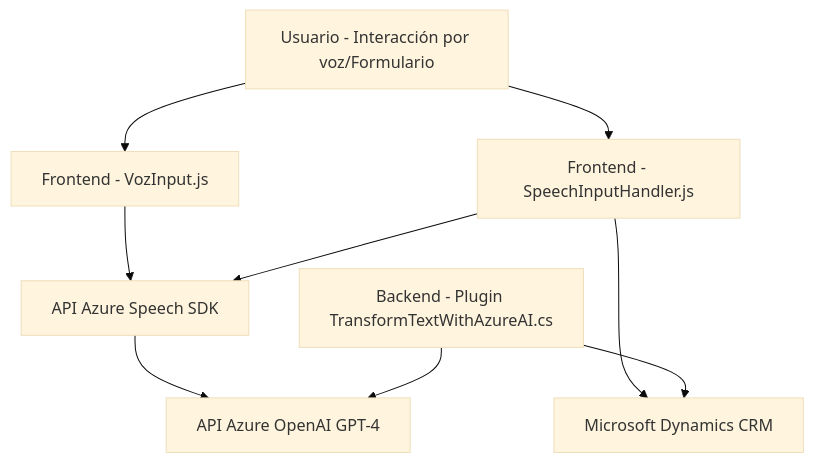
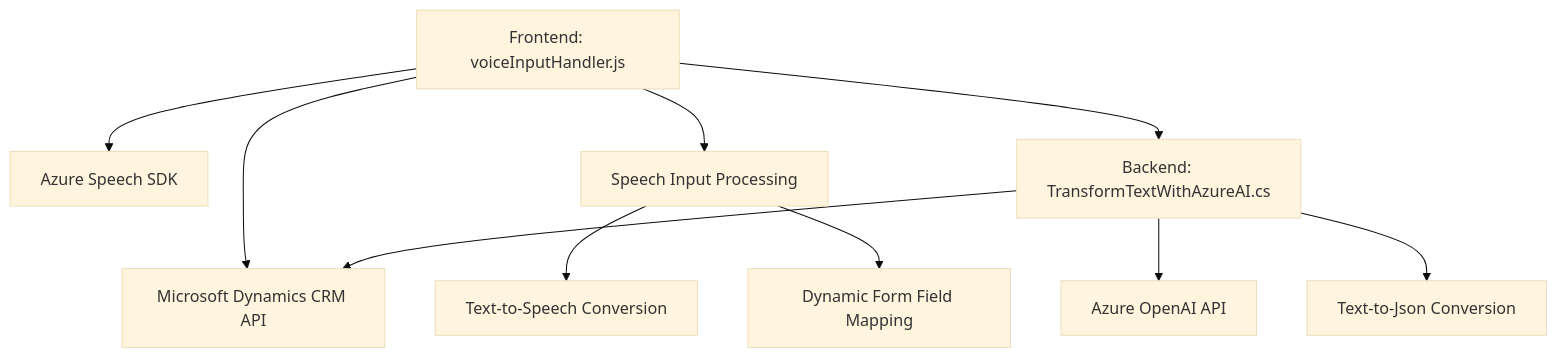
The diagram in README.md (blopezdm/NETCORE_BILBAO2025), drawn with Mermaid (base theme) before and after one commit. The commit also changed other lines of this file, not shown here.

````diff
--- a/README.md
+++ b/README.md
@@ -39,19 +38,12 @@
 ```mermaid
 graph TD
-    A["Usuario - Interacción por voz/Formulario"]
-    B["Frontend - VozInput.js"]
-    C["Frontend - SpeechInputHandler.js"]
-    D["Backend - Plugin TransformTextWithAzureAI.cs"]
-    E["API Azure Speech SDK"]
-    F["API Azure OpenAI GPT-4"]
-    G["Microsoft Dynamics CRM"]
-
-    A --> B
-    A --> C
-    B --> E
-    C --> E
-    E --> F
-    C --> G
-    D --> F
-    D --> G
+    A["Frontend: voiceInputHandler.js"] --> B["Azure Speech SDK"]
+    A --> C["Microsoft Dynamics CRM API"]
+    A --> D["Speech Input Processing"]
+    D --> E["Text-to-Speech Conversion"]
+    D --> F["Dynamic Form Field Mapping"]
+    G["Backend: TransformTextWithAzureAI.cs"] --> H["Azure OpenAI API"]
+    G --> C
+    G --> I["Text-to-Json Conversion"]
+    A --> G
 ```
````
